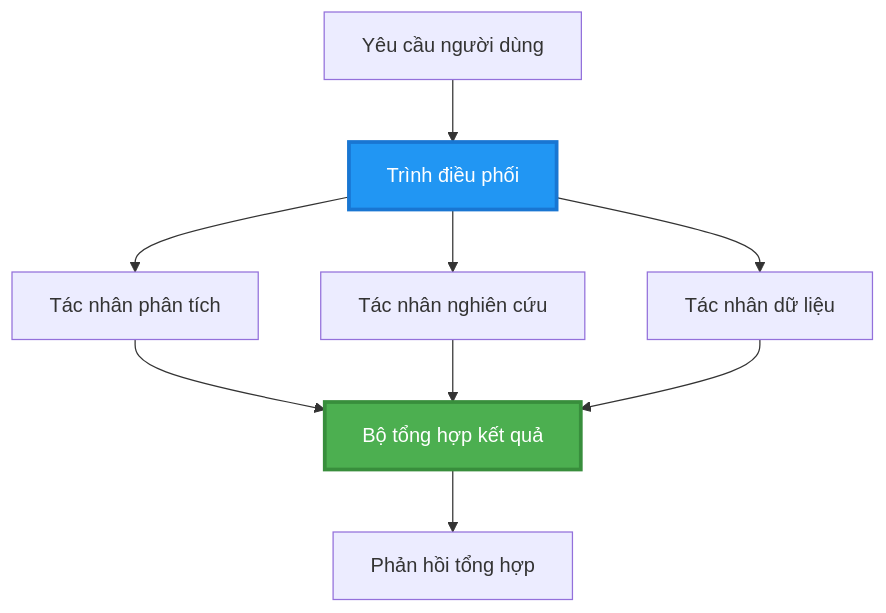
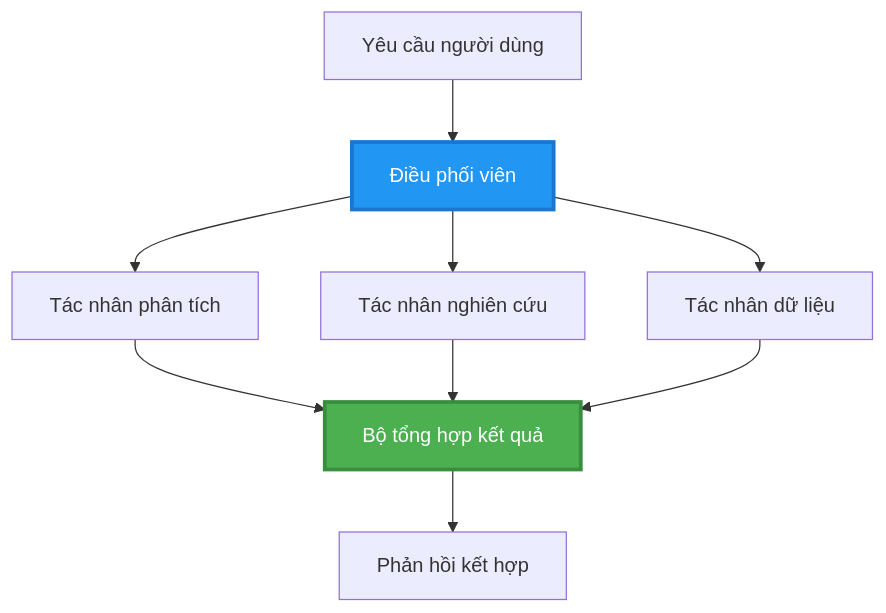
One commit to microsoft/AZD-for-beginners changed the second of 6 diagrams in translations/vi/docs/chapter-06-pre-deployment/coordination-patterns.md. Above: the diagram before and after it, drawn with Mermaid. The commit also changed other lines of this file and 101 other files, not shown here.

````diff
--- a/translations/vi/docs/chapter-06-pre-deployment/coordination-patterns.md
+++ b/translations/vi/docs/chapter-06-pre-deployment/coordination-patterns.md
@@ -106,22 +100,22 @@
 ```mermaid
 graph TB
     User[Yêu cầu người dùng]
-    Orchestrator[Trình điều phối]
+    Orchestrator[Điều phối viên]
     Agent1[Tác nhân phân tích]
     Agent2[Tác nhân nghiên cứu]
     Agent3[Tác nhân dữ liệu]
     Aggregator[Bộ tổng hợp kết quả]
-    Response[Phản hồi tổng hợp]
+    Response[Phản hồi kết hợp]
     
     User --> Orchestrator
     Orchestrator --> Agent1
     Orchestrator --> Agent2
     Orchestrator --> Agent3
     Agent1 --> Aggregator
     Agent2 --> Aggregator
     Agent3 --> Aggregator
     Aggregator --> Response
     
     style Orchestrator fill:#2196F3,stroke:#1976D2,stroke-width:3px,color:#fff
     style Aggregator fill:#4CAF50,stroke:#388E3C,stroke-width:3px,color:#fff
 ```
````
